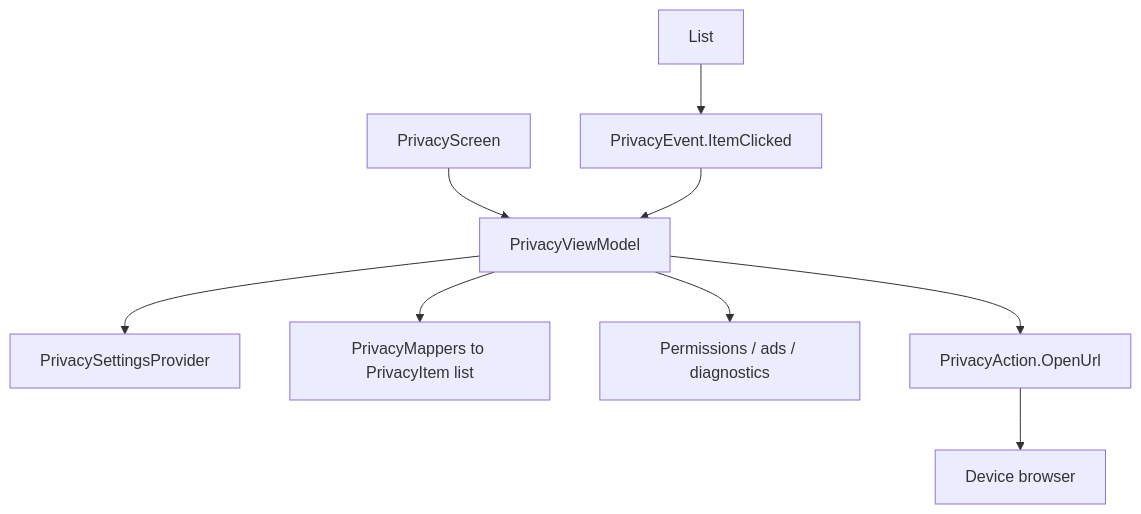
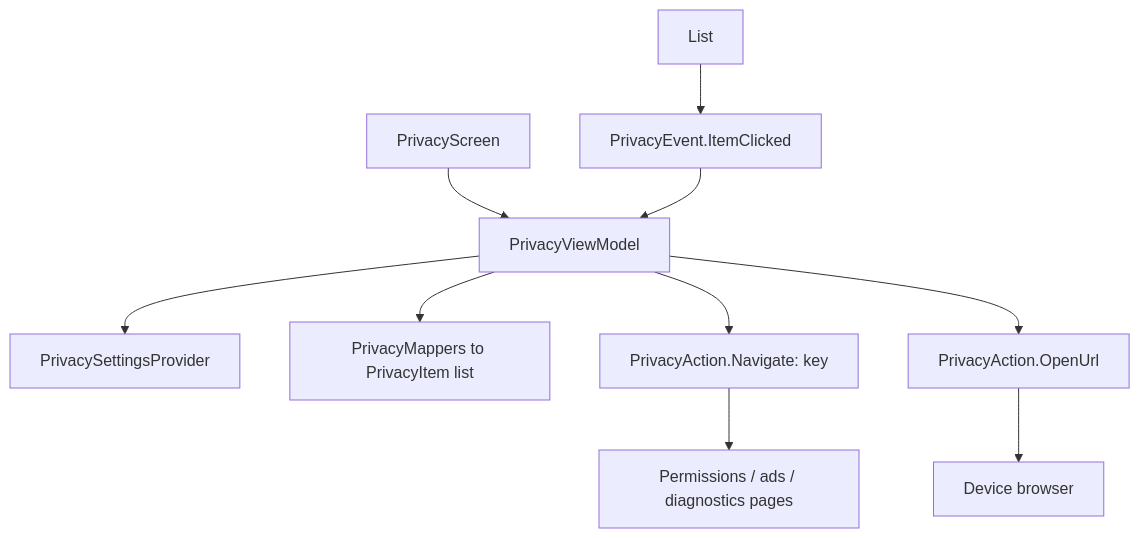
The diagram in library/feature/privacy/README.md (MihaiCristianCondrea/App-Toolkit-for-Android), drawn with Mermaid before and after one commit. The commit also changed other lines of this file and 84 other files, not shown here.

````diff
--- a/library/feature/privacy/README.md
+++ b/library/feature/privacy/README.md
@@ -35,11 +39,12 @@
 ```mermaid
 flowchart TD
     Screen[PrivacyScreen] --> VM[PrivacyViewModel]
     VM --> Provider[PrivacySettingsProvider]
     VM --> Mapper[PrivacyMappers to PrivacyItem list]
     List --> Click[PrivacyEvent.ItemClicked]
     Click --> VM
-    VM --> HostScreens[Permissions / ads / diagnostics]
+    VM --> Navigate[PrivacyAction.Navigate: key]
+    Navigate --> Pages[Permissions / ads / diagnostics pages]
     VM --> OpenUrl[PrivacyAction.OpenUrl]
     OpenUrl --> Browser[Device browser]
 ```
````
